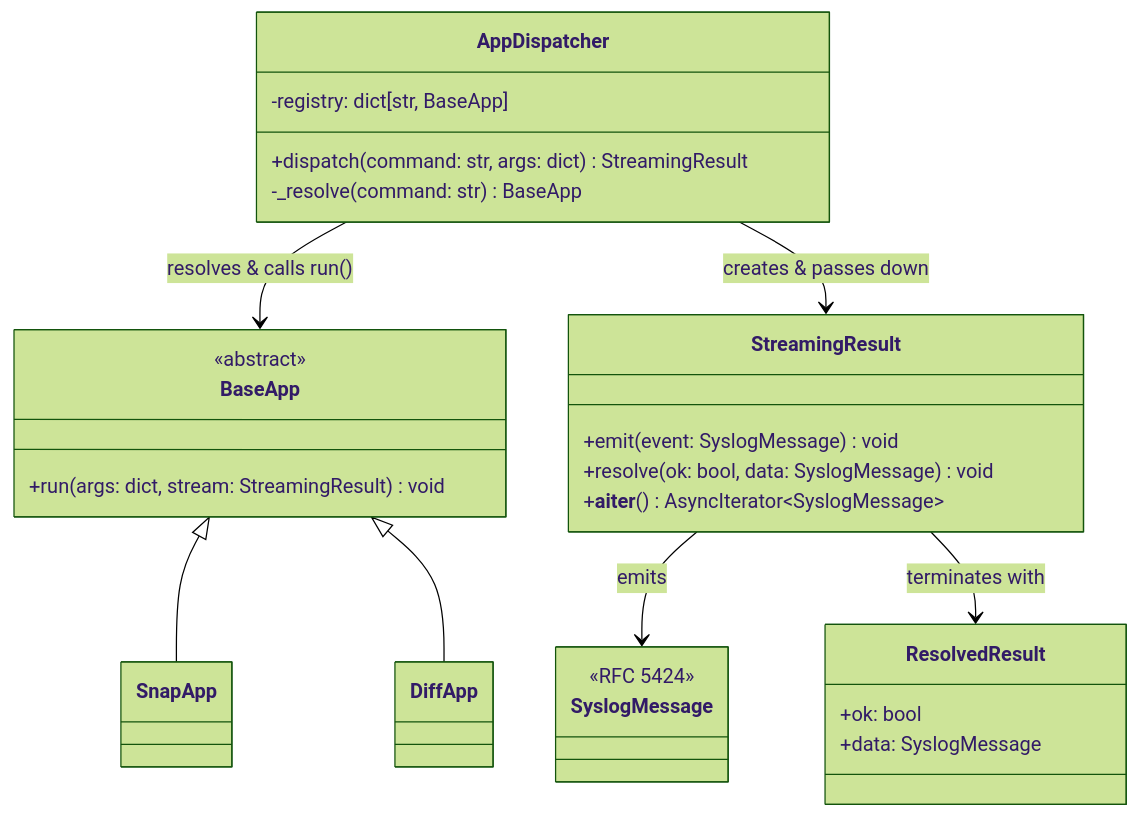
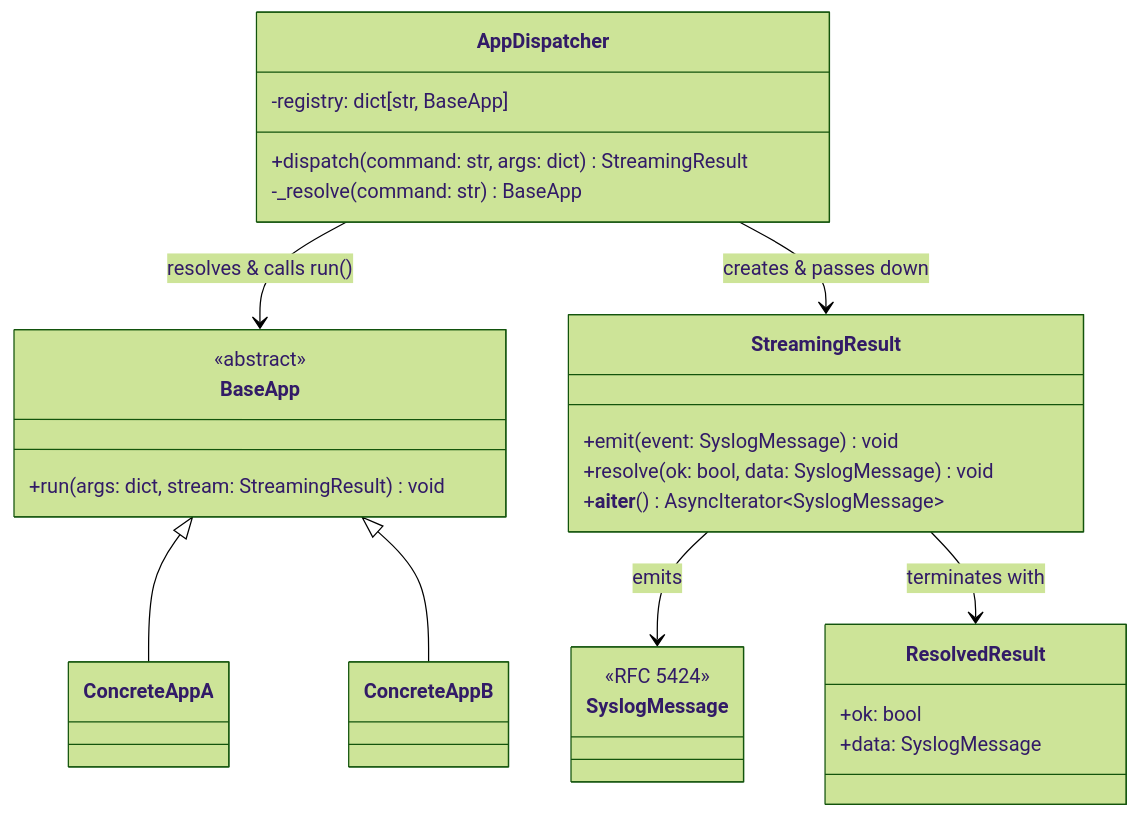
One commit to BinaryBand/scop-demo changed the second of 3 diagrams in docs/ARCHITECTURE.md. Above: the diagram before and after it, drawn with Mermaid (forest theme). The commit also changed other lines of this file and 4 other files, not shown here.

````diff
--- a/docs/ARCHITECTURE.md
+++ b/docs/ARCHITECTURE.md
@@ -155,35 +155,35 @@
 ```mermaid
 classDiagram
     class AppDispatcher {
         -registry: dict[str, BaseApp]
         +dispatch(command: str, args: dict) StreamingResult
         -_resolve(command: str) BaseApp
     }
 
     class StreamingResult {
         +emit(event: SyslogMessage) void
         +resolve(ok: bool, data: SyslogMessage) void
         +__aiter__() AsyncIterator~SyslogMessage~
     }
 
     class SyslogMessage {
         <<RFC 5424>>
     }
 
     class ResolvedResult {
         +ok: bool
         +data: SyslogMessage
     }
 
     class BaseApp {
         <<abstract>>
         +run(args: dict, stream: StreamingResult) void
     }
 
     AppDispatcher --> BaseApp : resolves & calls run()
     AppDispatcher --> StreamingResult : creates & passes down
     StreamingResult --> SyslogMessage : emits
     StreamingResult --> ResolvedResult : terminates with
-    BaseApp <|-- SnapApp
-    BaseApp <|-- DiffApp
+    BaseApp <|-- ConcreteAppA
+    BaseApp <|-- ConcreteAppB
 ```
````
